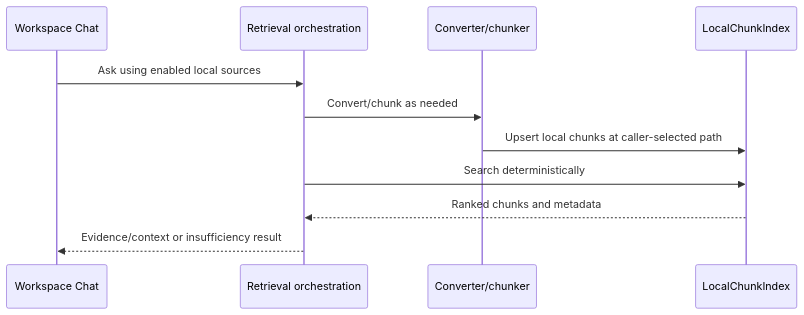
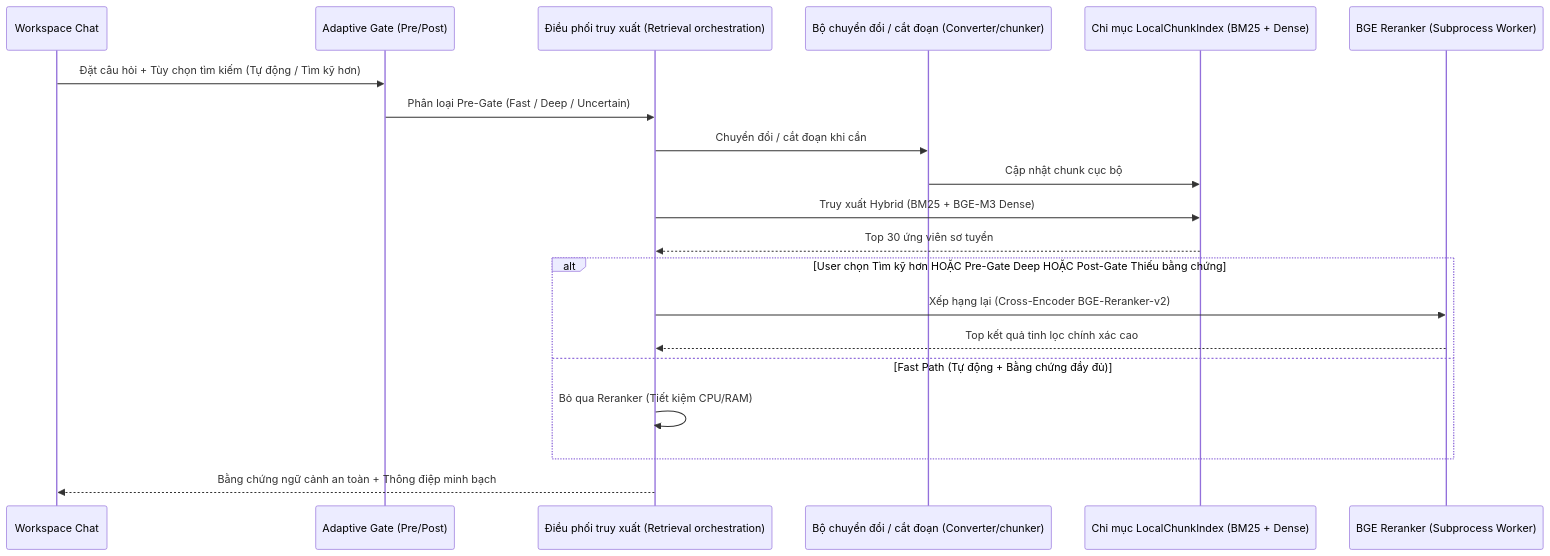
Before and after one commit to Nakazasen/AIOS_habbit: the diagram in docs/architecture/sequences/RETRIEVAL.md, drawn with Mermaid. The commit also changed other lines of this file and 419 other files, not shown here.

First line of the commit message:
docs(understand): add localized knowledge graph and update documentation

````diff
--- a/docs/architecture/sequences/RETRIEVAL.md
+++ b/docs/architecture/sequences/RETRIEVAL.md
@@ -8,13 +8,23 @@
 ```mermaid
 sequenceDiagram
     participant UI as Workspace Chat
-    participant R as Retrieval orchestration
-    participant C as Converter/chunker
-    participant I as LocalChunkIndex
-    UI->>R: Ask using enabled local sources
-    R->>C: Convert/chunk as needed
-    C->>I: Upsert local chunks at caller-selected path
-    R->>I: Search deterministically
-    I-->>R: Ranked chunks and metadata
-    R-->>UI: Evidence/context or insufficiency result
+    participant AD as Adaptive Gate (Pre/Post)
+    participant R as Điều phối truy xuất (Retrieval orchestration)
+    participant C as Bộ chuyển đổi / cắt đoạn (Converter/chunker)
+    participant I as Chỉ mục LocalChunkIndex (BM25 + Dense)
+    participant RK as BGE Reranker (Subprocess Worker)
+
+    UI->>AD: Đặt câu hỏi + Tùy chọn tìm kiếm (Tự động / Tìm kỹ hơn)
+    AD->>R: Phân loại Pre-Gate (Fast / Deep / Uncertain)
+    R->>C: Chuyển đổi / cắt đoạn khi cần
+    C->>I: Cập nhật chunk cục bộ
+    R->>I: Truy xuất Hybrid (BM25 + BGE-M3 Dense)
+    I-->>R: Top 30 ứng viên sơ tuyển
+    alt User chọn Tìm kỹ hơn HOẶC Pre-Gate Deep HOẶC Post-Gate Thiếu bằng chứng
+        R->>RK: Xếp hạng lại (Cross-Encoder BGE-Reranker-v2)
+        RK-->>R: Top kết quả tinh lọc chính xác cao
+    else Fast Path (Tự động + Bằng chứng đầy đủ)
+        R->>R: Bỏ qua Reranker (Tiết kiệm CPU/RAM)
+    end
+    R-->>UI: Bằng chứng ngữ cảnh an toàn + Thông điệp minh bạch
 ```
````
